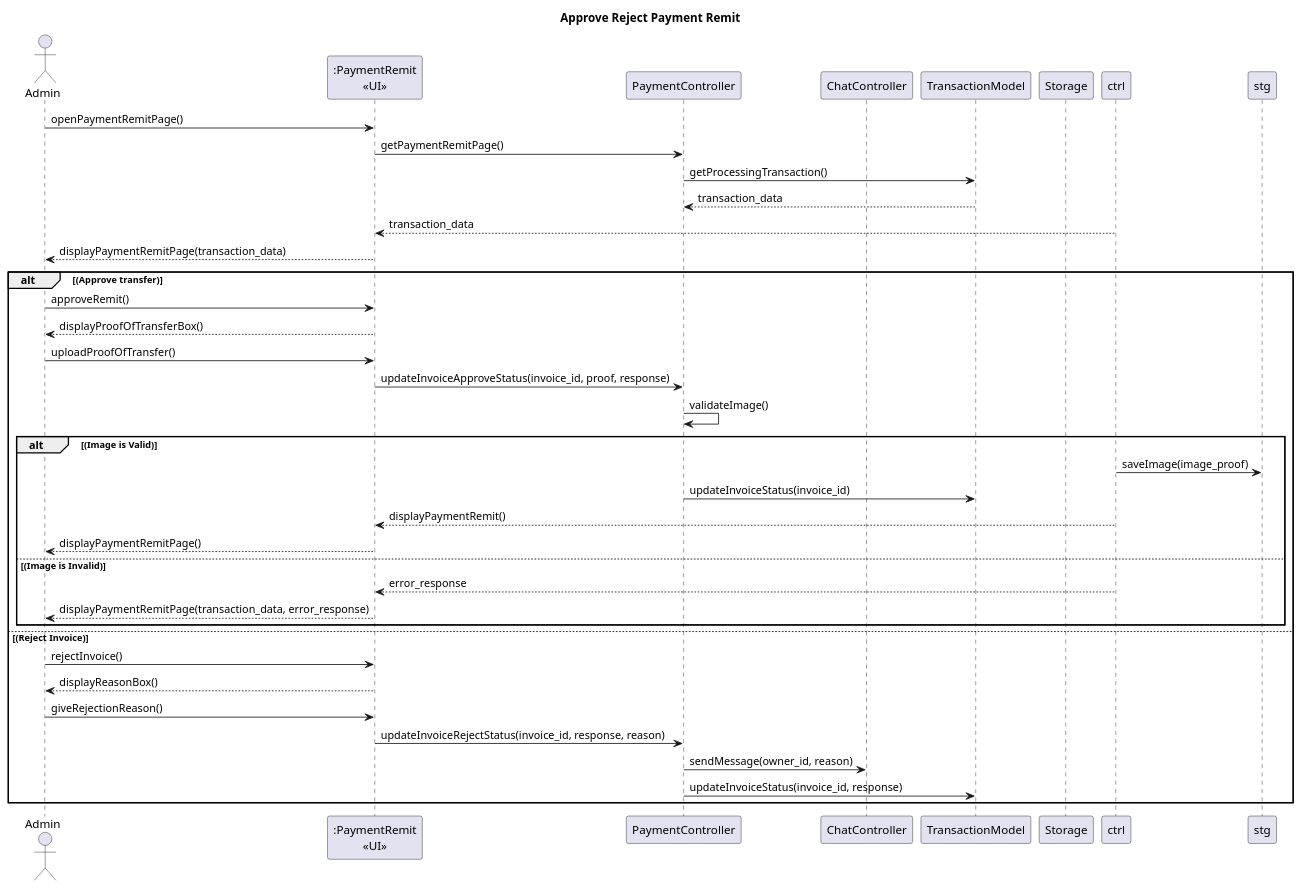
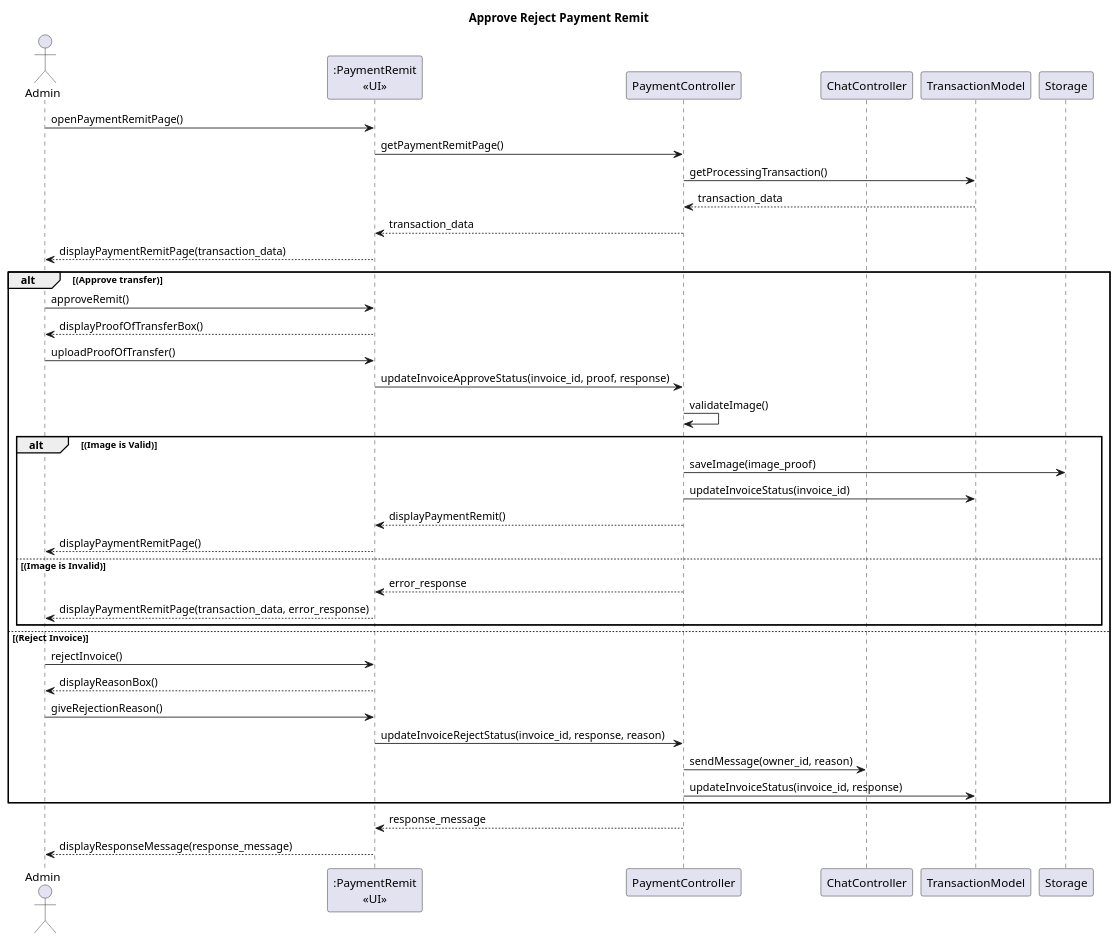
Before and after one commit to AntWort21/BHFMS: the diagram in Design/BHFMS_SEQUENCE/Admin/Payment/Approve Reject Payment Remit.puml, drawn with PlantUML. The commit also changed 39 other files, not shown here.

```diff
--- a/Design/BHFMS_SEQUENCE/Admin/Payment/Approve Reject Payment Remit.puml
+++ b/Design/BHFMS_SEQUENCE/Admin/Payment/Approve Reject Payment Remit.puml
@@ -1,42 +1,42 @@
 @startuml
 title Approve Reject Payment Remit
 actor "Admin" as act
 participant ":PaymentRemit\n<<UI>>" as view
 participant PaymentController as pctrl
 participant ChatController as cctrl
 participant TransactionModel as tm
 participant Storage as strg
 
 act -> view : openPaymentRemitPage()
 view -> pctrl : getPaymentRemitPage()
 pctrl -> tm : getProcessingTransaction()
 pctrl <-- tm : transaction_data
-view <-- ctrl : transaction_data
+view <-- pctrl : transaction_data
 act <-- view : displayPaymentRemitPage(transaction_data) 
 alt (Approve transfer)
-
     act -> view : approveRemit()
-    
     act <-- view : displayProofOfTransferBox()
     act -> view : uploadProofOfTransfer()
     view -> pctrl : updateInvoiceApproveStatus(invoice_id, proof, response)
     pctrl -> pctrl : validateImage()
     alt (Image is Valid) 
-        ctrl -> stg : saveImage(image_proof)
+        pctrl -> strg : saveImage(image_proof)
         pctrl -> tm : updateInvoiceStatus(invoice_id)
-        view <-- ctrl : displayPaymentRemit()
+        view <-- pctrl : displayPaymentRemit()
         act <-- view: displayPaymentRemitPage()
     else (Image is Invalid)
-        view <-- ctrl : error_response
+        view <-- pctrl : error_response
         act <-- view : displayPaymentRemitPage(transaction_data, error_response) 
     end
 else (Reject Invoice)
     act -> view : rejectInvoice()
     act <-- view : displayReasonBox()
     act -> view : giveRejectionReason()
     
     view -> pctrl : updateInvoiceRejectStatus(invoice_id, response, reason)
     pctrl -> cctrl : sendMessage(owner_id, reason)
     pctrl -> tm : updateInvoiceStatus(invoice_id, response)
 end
+view <-- pctrl : response_message
+act <-- view : displayResponseMessage(response_message)
 @enduml
```
